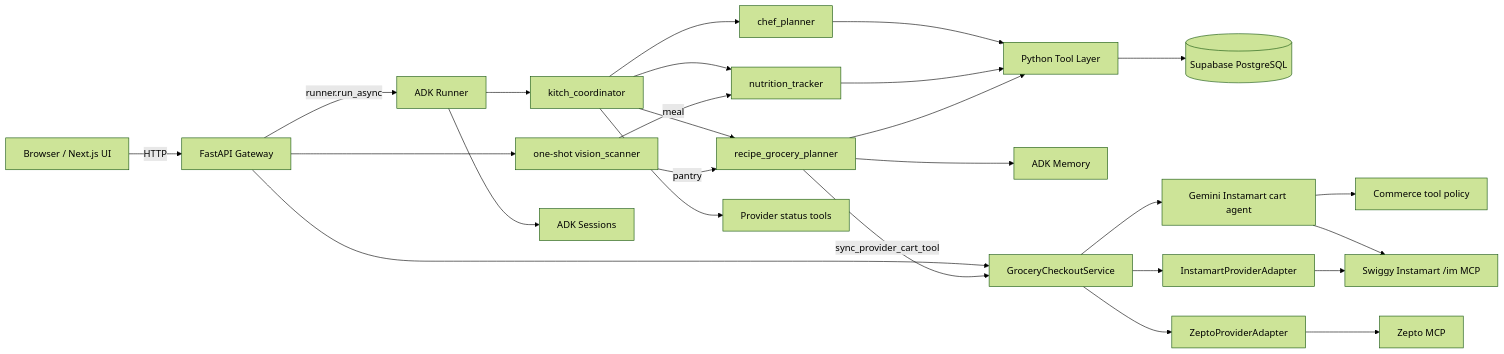
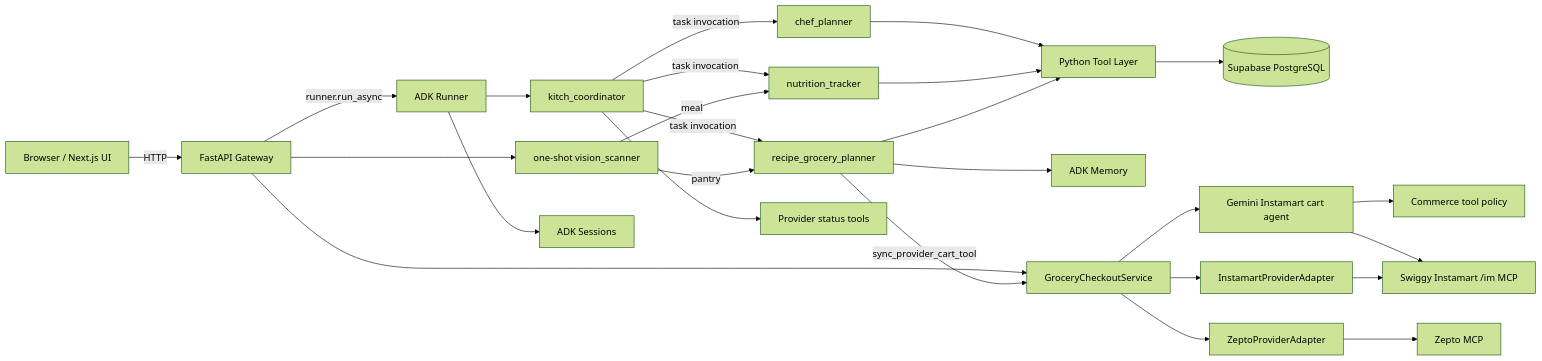
One commit to architworks/meal_and_grocery_agent changed the first of 2 diagrams in docs/system_architecture.md. Above: the diagram before and after it, drawn with Mermaid (forest theme). The commit also changed other lines of this file and 10 other files, not shown here.

````diff
--- a/docs/system_architecture.md
+++ b/docs/system_architecture.md
@@ -32,31 +32,31 @@
 ```mermaid
 flowchart LR
     Browser[Browser / Next.js UI] -->|HTTP| API[FastAPI Gateway]
     API -->|runner.run_async| Runner[ADK Runner]
     Runner --> Coordinator[kitch_coordinator]
-    Coordinator --> Chef[chef_planner]
-    Coordinator --> RecipeGrocery[recipe_grocery_planner]
-    Coordinator --> Nutrition[nutrition_tracker]
+    Coordinator -->|task invocation| Chef[chef_planner]
+    Coordinator -->|task invocation| RecipeGrocery[recipe_grocery_planner]
+    Coordinator -->|task invocation| Nutrition[nutrition_tracker]
     Coordinator --> ProviderReadTools[Provider status tools]
     API --> Vision[one-shot vision_scanner]
     Vision -->|meal| Nutrition
     Vision -->|pantry| RecipeGrocery
 
     Chef --> Tools[Python Tool Layer]
     Nutrition --> Tools
     RecipeGrocery --> Tools
 
     Tools --> Supabase[(Supabase PostgreSQL)]
     RecipeGrocery --> Memory[ADK Memory]
     Runner --> Sessions[ADK Sessions]
 
     API --> Checkout[GroceryCheckoutService]
     RecipeGrocery -->|sync_provider_cart_tool| Checkout
     Checkout --> InstamartAgent[Gemini Instamart cart agent]
     InstamartAgent --> ToolPolicy[Commerce tool policy]
     InstamartAgent --> InstamartMCP[Swiggy Instamart /im MCP]
     Checkout --> ZeptoAdapter[ZeptoProviderAdapter]
     Checkout --> InstamartAdapter[InstamartProviderAdapter]
     ZeptoAdapter --> ZeptoMCP[Zepto MCP]
     InstamartAdapter --> InstamartMCP
 ```
````
